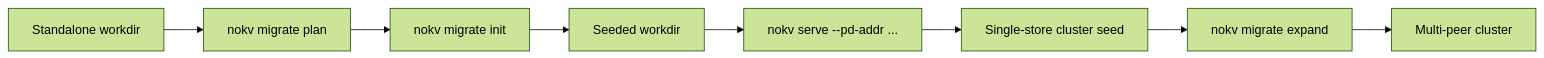
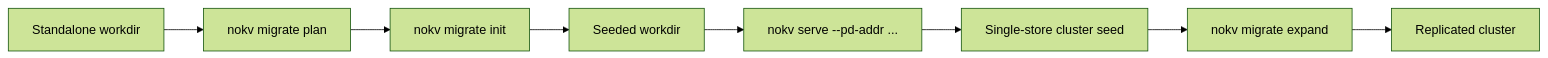
One commit to feichai0017/NoKV changed the first of 2 diagrams in docs/migration.md. Above: the diagram before and after it, drawn with Mermaid (forest theme). The commit also changed other lines of this file and 4 other files, not shown here.

````diff
--- a/docs/migration.md
+++ b/docs/migration.md
@@ -88,10 +65,10 @@
 ```mermaid
 flowchart LR
     A["Standalone workdir"] --> B["nokv migrate plan"]
     B --> C["nokv migrate init"]
     C --> D["Seeded workdir"]
     D --> E["nokv serve --pd-addr ..."]
     E --> F["Single-store cluster seed"]
     F --> G["nokv migrate expand"]
-    G --> H["Multi-peer cluster"]
+    G --> H["Replicated cluster"]
 ```
````
